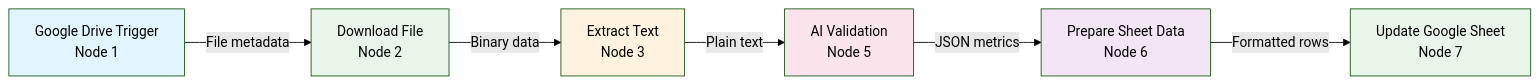
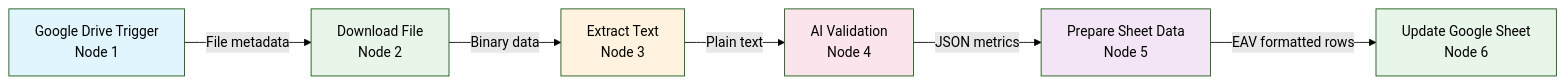
One commit to RandomStateLabs/pe-eval changed the diagram in docs/LIVE_TECHNICAL_DOC.md. Above: the diagram before and after it, drawn with Mermaid (forest theme). The commit also changed other lines of this file and 2 other files, not shown here.

````diff
--- a/docs/LIVE_TECHNICAL_DOC.md
+++ b/docs/LIVE_TECHNICAL_DOC.md
@@ -20,15 +20,15 @@
 ```mermaid
 graph LR
     A[Google Drive Trigger<br/>Node 1] -->|File metadata| B[Download File<br/>Node 2]
     B -->|Binary data| C[Extract Text<br/>Node 3]
-    C -->|Plain text| D[AI Validation<br/>Node 5]
-    D -->|JSON metrics| E[Prepare Sheet Data<br/>Node 6]
-    E -->|Formatted rows| F[Update Google Sheet<br/>Node 7]
-    
+    C -->|Plain text| D[AI Validation<br/>Node 4]
+    D -->|JSON metrics| E[Prepare Sheet Data<br/>Node 5]
+    E -->|EAV formatted rows| F[Update Google Sheet<br/>Node 6]
+
     style A fill:#e1f5fe
     style B fill:#e8f5e9
     style C fill:#fff3e0
     style D fill:#fce4ec
     style E fill:#f3e5f5
     style F fill:#e8f5e9
 ```
````
